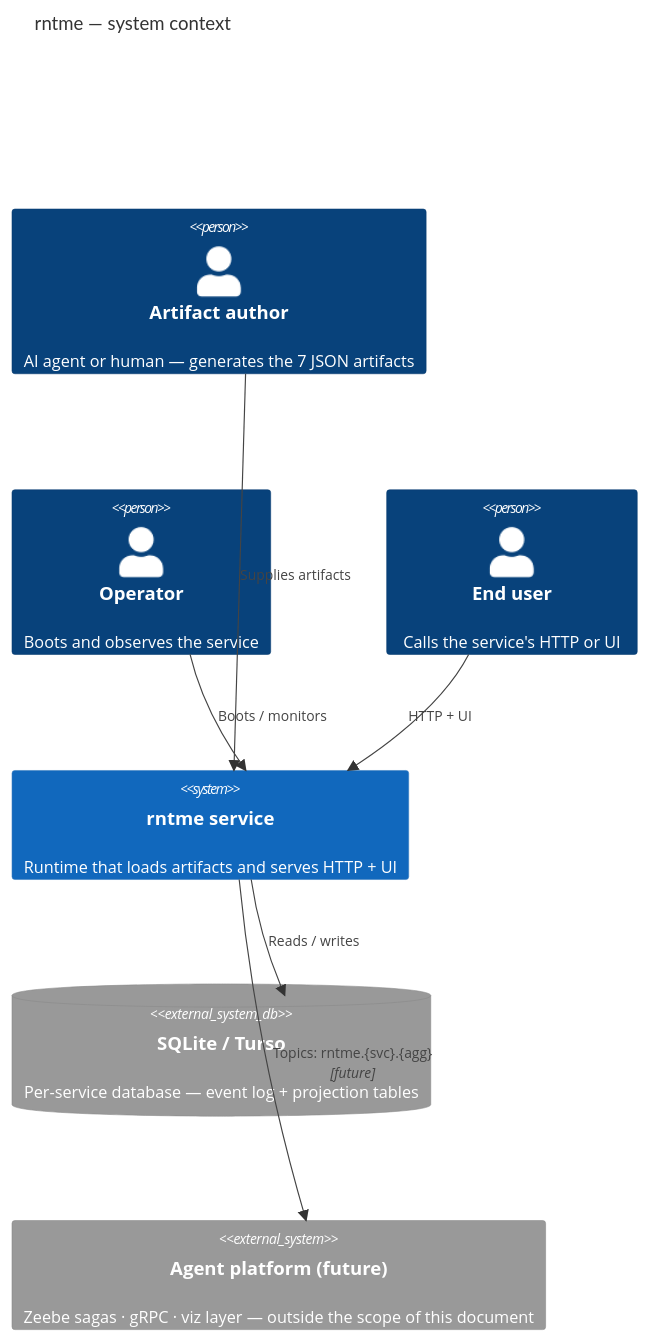
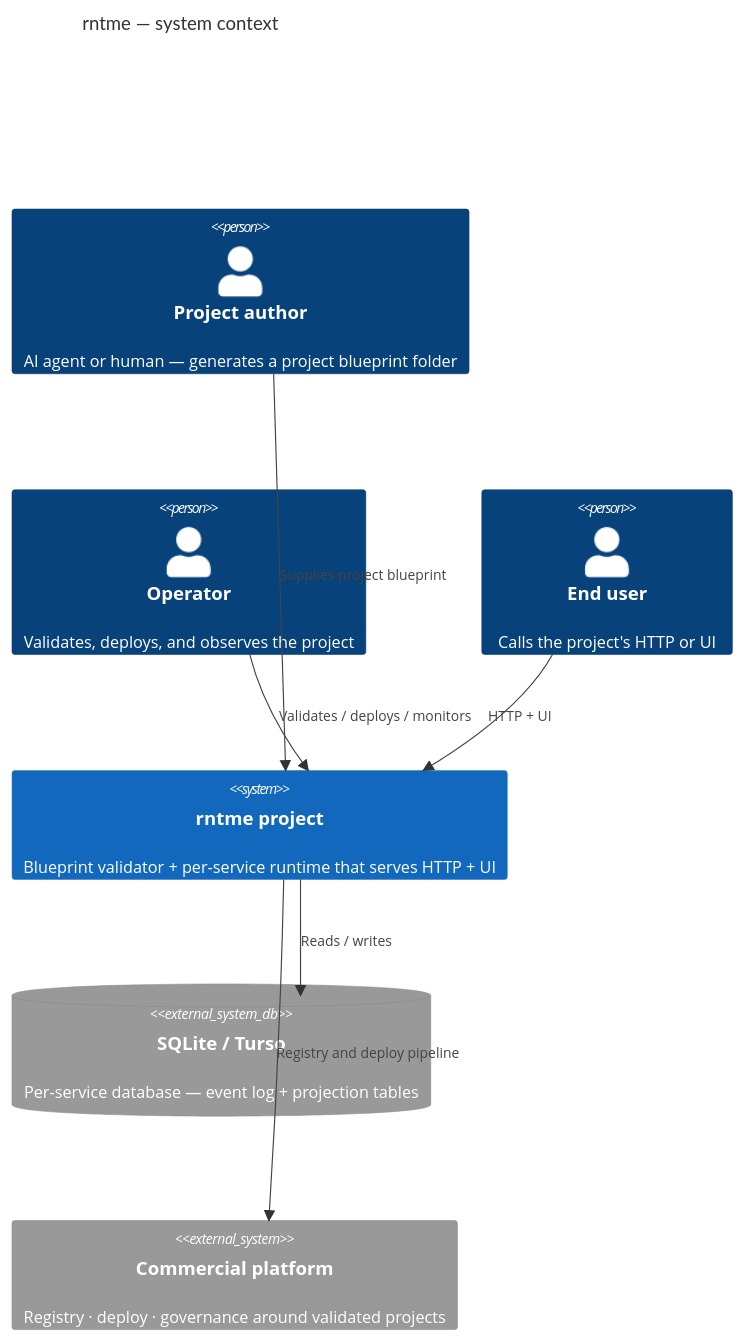
Before and after one commit to vladprrs/rntme: the second of 18 diagrams in docs/architecture.md, drawn with Mermaid. The commit also changed other lines of this file and 11 other files, not shown here.

````diff
--- a/docs/architecture.md
+++ b/docs/architecture.md
@@ -99,19 +111,19 @@
 ```mermaid
 C4Context
   title rntme — system context
 
-  Person(author, "Artifact author", "AI agent or human — generates the 7 JSON artifacts")
-  Person(operator, "Operator", "Boots and observes the service")
-  Person(user, "End user", "Calls the service's HTTP or UI")
+  Person(author, "Project author", "AI agent or human — generates a project blueprint folder")
+  Person(operator, "Operator", "Validates, deploys, and observes the project")
+  Person(user, "End user", "Calls the project's HTTP or UI")
 
-  System(rntme, "rntme service", "Runtime that loads artifacts and serves HTTP + UI")
+  System(rntme, "rntme project", "Blueprint validator + per-service runtime that serves HTTP + UI")
 
   SystemDb_Ext(sqlite, "SQLite / Turso", "Per-service database — event log + projection tables")
-  System_Ext(platform, "Agent platform (future)", "Zeebe sagas · gRPC · viz layer — outside the scope of this document")
+  System_Ext(platform, "Commercial platform", "Registry · deploy · governance around validated projects")
 
-  Rel(author, rntme, "Supplies artifacts")
-  Rel(operator, rntme, "Boots / monitors")
+  Rel(author, rntme, "Supplies project blueprint")
+  Rel(operator, rntme, "Validates / deploys / monitors")
   Rel(user, rntme, "HTTP + UI")
   Rel(rntme, sqlite, "Reads / writes")
-  Rel(rntme, platform, "Topics: rntme.{svc}.{agg}", "future")
+  Rel(rntme, platform, "Registry and deploy pipeline")
 ```
````
